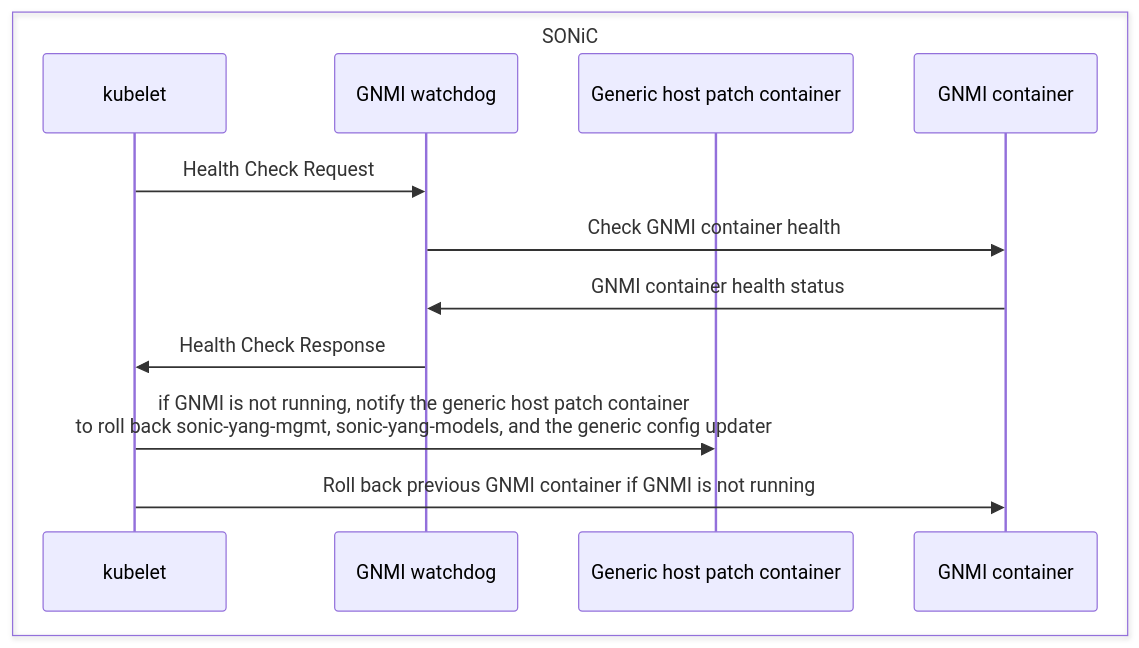
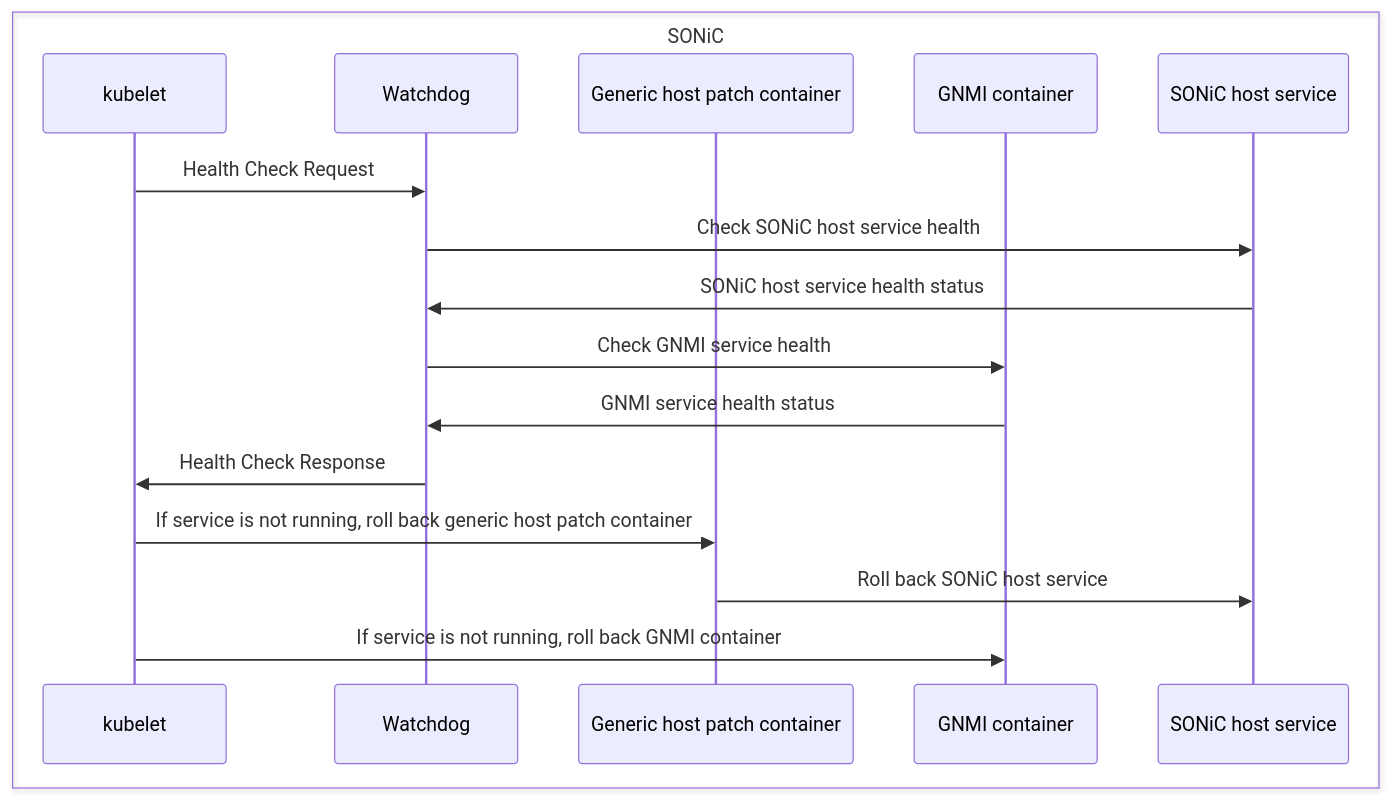
The diagram in watchdog_gnmi.md (ganglyu/mermaid), drawn with Mermaid before and after one commit.

````diff
--- a/watchdog_gnmi.md
+++ b/watchdog_gnmi.md
@@ -1,15 +1,19 @@
 ```mermaid
 sequenceDiagram
     box SONiC
         participant kubelet
-        participant GNMI watchdog
+        participant Watchdog
         participant Generic host patch container
         participant GNMI container
+        participant SONiC host service
     end
-    kubelet->>GNMI watchdog: Health Check Request
-    GNMI watchdog->>GNMI container: Check GNMI container health
-    GNMI container->>GNMI watchdog: GNMI container health status
-    GNMI watchdog->>kubelet: Health Check Response
-    kubelet->>Generic host patch container: if GNMI is not running, notify the generic host patch container <br>to roll back sonic-yang-mgmt, sonic-yang-models, and the generic config updater
-    kubelet->>GNMI container: Roll back previous GNMI container if GNMI is not running
+    kubelet->>Watchdog: Health Check Request
+    Watchdog->>SONiC host service: Check SONiC host service health
+    SONiC host service->>Watchdog: SONiC host service health status
+    Watchdog->>GNMI container: Check GNMI service health
+    GNMI container->>Watchdog: GNMI service health status
+    Watchdog->>kubelet: Health Check Response
+    kubelet->>Generic host patch container: If service is not running, roll back generic host patch container
+    Generic host patch container ->> SONiC host service: Roll back SONiC host service
+    kubelet->>GNMI container: If service is not running, roll back GNMI container
 ```
````
